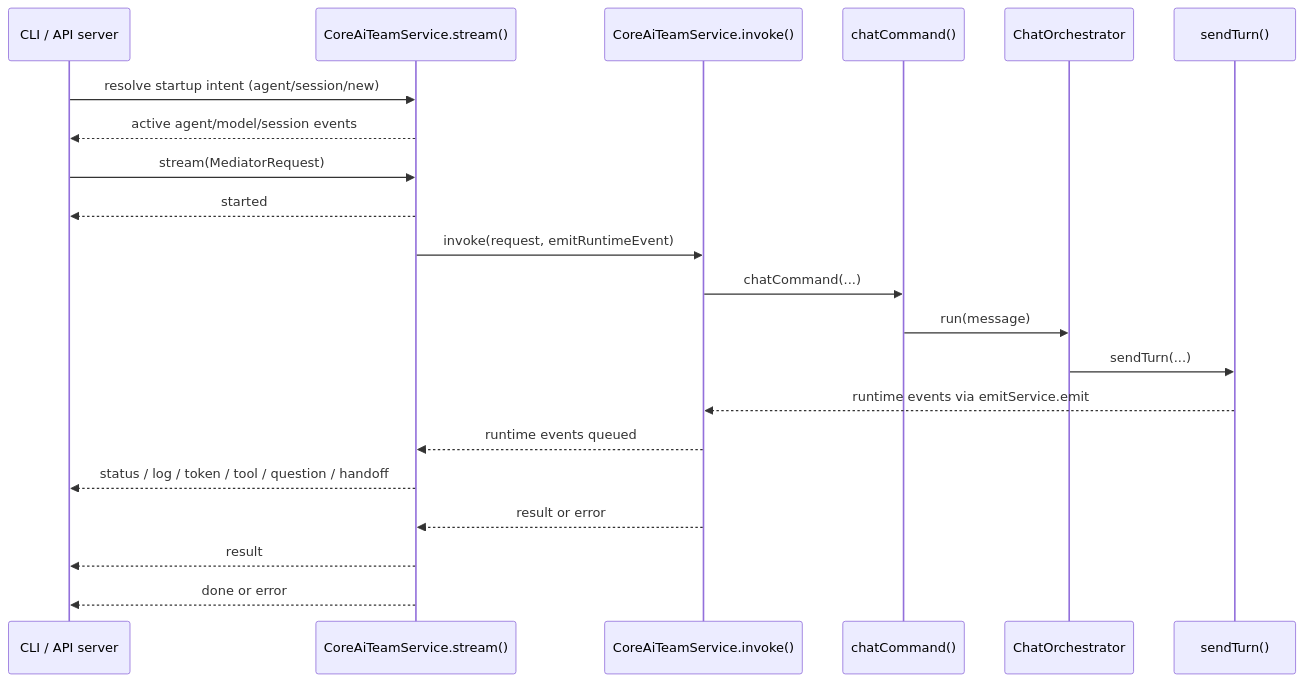
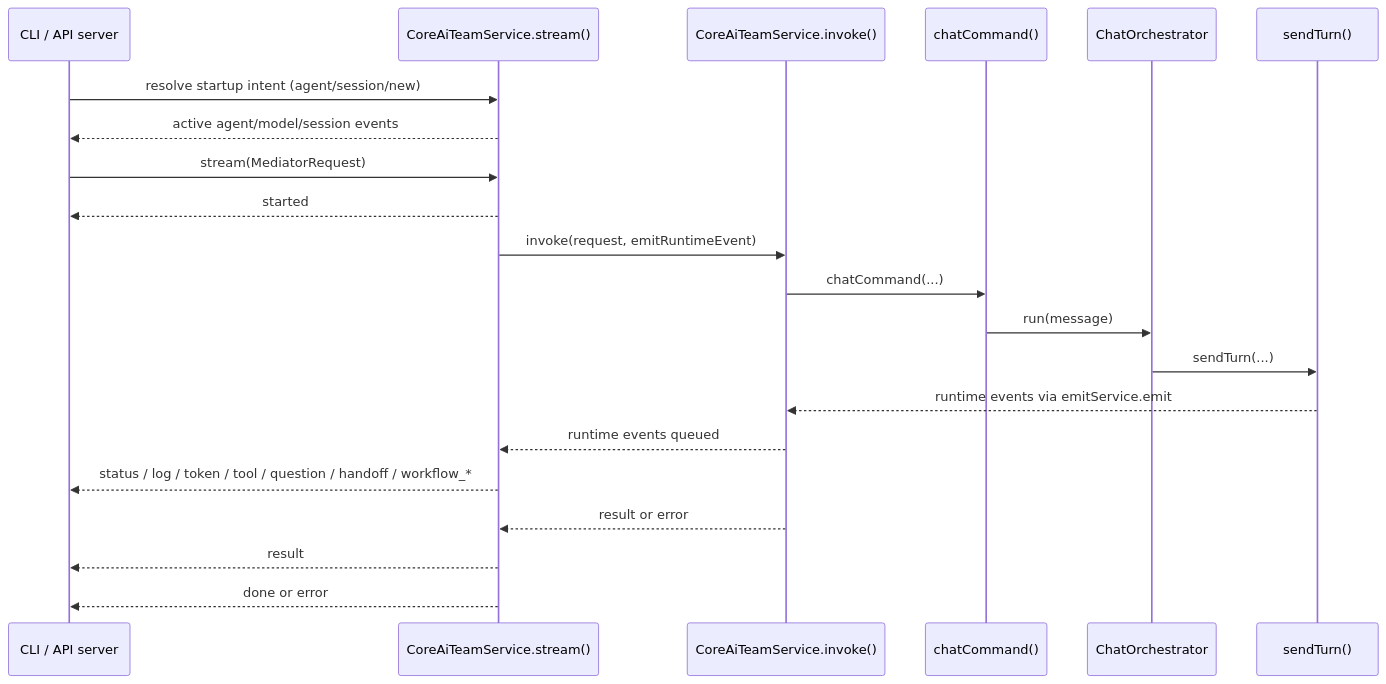
Before and after one commit to cmeierost/ai-team: the seventh of 10 diagrams in docs/architecture/diagrams.md, drawn with Mermaid. The commit also changed 42 other files, not shown here.

````diff
--- a/docs/architecture/diagrams.md
+++ b/docs/architecture/diagrams.md
@@ -193,24 +193,24 @@
 ```mermaid
 sequenceDiagram
   participant Surface as CLI / API server
   participant Service as CoreAiTeamService.stream()
   participant Invoke as CoreAiTeamService.invoke()
   participant Chat as chatCommand()
   participant Orch as ChatOrchestrator
   participant Turn as sendTurn()
 
   Surface->>Service: resolve startup intent (agent/session/new)
   Service-->>Surface: active agent/model/session events
   Surface->>Service: stream(MediatorRequest)
   Service-->>Surface: started
   Service->>Invoke: invoke(request, emitRuntimeEvent)
   Invoke->>Chat: chatCommand(...)
   Chat->>Orch: run(message)
   Orch->>Turn: sendTurn(...)
   Turn-->>Invoke: runtime events via emitService.emit
   Invoke-->>Service: runtime events queued
-  Service-->>Surface: status / log / token / tool / question / handoff
+  Service-->>Surface: status / log / token / tool / question / handoff / workflow_*
   Invoke-->>Service: result or error
   Service-->>Surface: result
   Service-->>Surface: done or error
 ```
````
